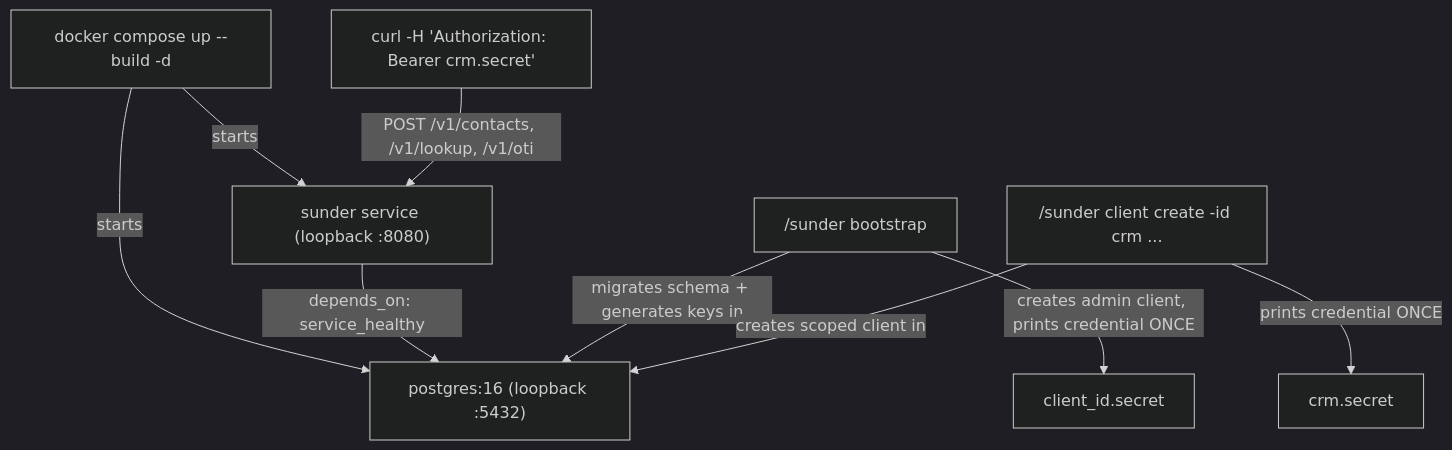
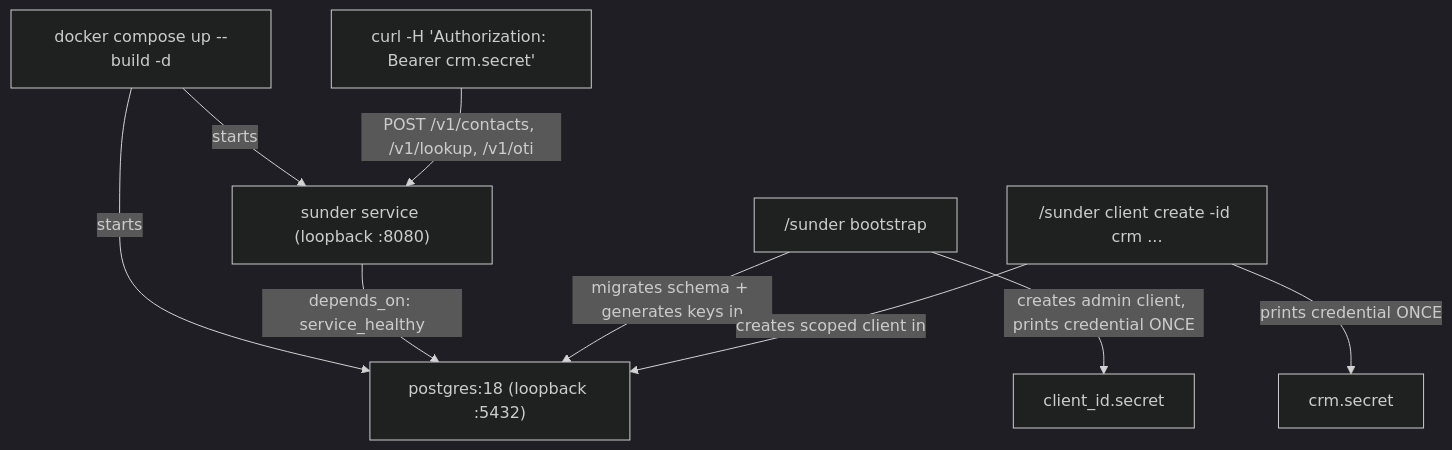
Before and after one commit to fvisic/sunder: the diagram in docs-site/docs/get-started/quickstart.md, drawn with Mermaid (dark theme). The commit also changed 64 other files, not shown here.

````diff
--- a/docs-site/docs/get-started/quickstart.md
+++ b/docs-site/docs/get-started/quickstart.md
@@ -9,11 +9,11 @@
 ```mermaid
 flowchart TD
-    Compose["docker compose up --build -d"] -- "starts" --> PG["postgres:16 (loopback :5432)"]
+    Compose["docker compose up --build -d"] -- "starts" --> PG["postgres:18 (loopback :5432)"]
     Compose -- "starts" --> Svc["sunder service (loopback :8080)"]
     Svc -- "depends_on: service_healthy" --> PG
     Boot["/sunder bootstrap"] -- "migrates schema + generates keys in" --> PG
     Boot -- "creates admin client, prints credential ONCE" --> Cred["client_id.secret"]
     ClientCreate["/sunder client create -id crm ..."] -- "creates scoped client in" --> PG
     ClientCreate -- "prints credential ONCE" --> CrmCred["crm.secret"]
     Curl["curl -H 'Authorization: Bearer crm.secret'"] -- "POST /v1/contacts, /v1/lookup, /v1/oti" --> Svc
 ```
````
